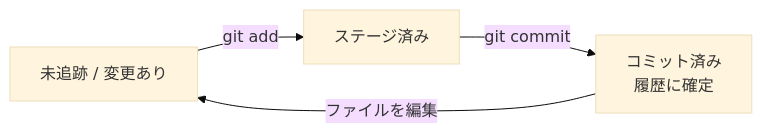
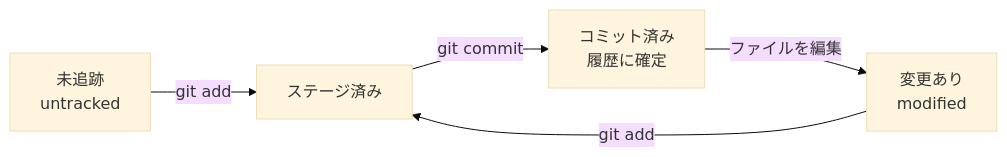
One commit to RikiFukushima/textbook-gen changed the diagram in textbooks/git-basics/curriculums/basics/chapters/02/sections/01-init-and-staging.md. Above: the diagram before and after it, drawn with Mermaid (base theme). The commit also changed other lines of this file and 299 other files, not shown here.

````diff
--- a/textbooks/git-basics/curriculums/basics/chapters/02/sections/01-init-and-staging.md
+++ b/textbooks/git-basics/curriculums/basics/chapters/02/sections/01-init-and-staging.md
@@ -70,6 +70,7 @@
 ```mermaid
 flowchart LR
-  U[未追跡 / 変更あり] -->|git add| S[ステージ済み]
+  U[未追跡<br/>untracked] -->|git add| S[ステージ済み]
+  M[変更あり<br/>modified] -->|git add| S
   S -->|git commit| C[コミット済み<br/>履歴に確定]
-  C -->|ファイルを編集| U
+  C -->|ファイルを編集| M
 ```
````
